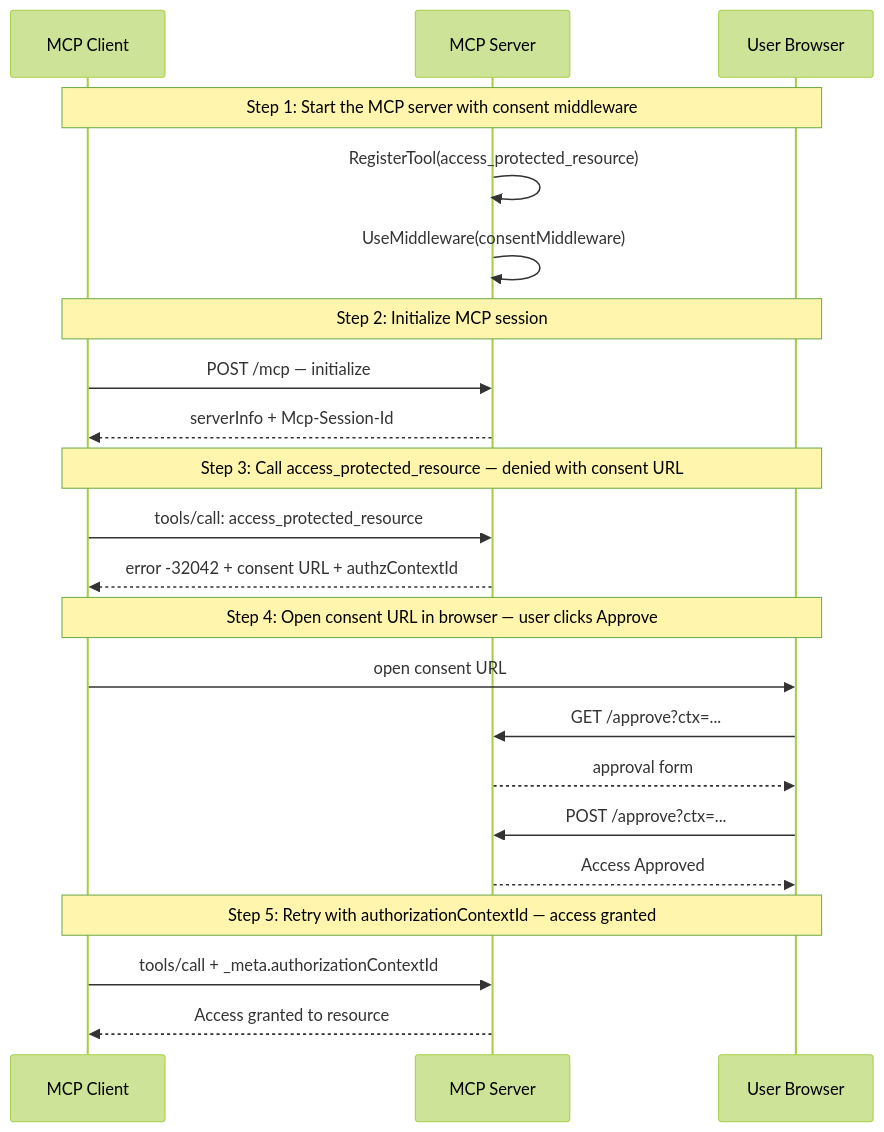
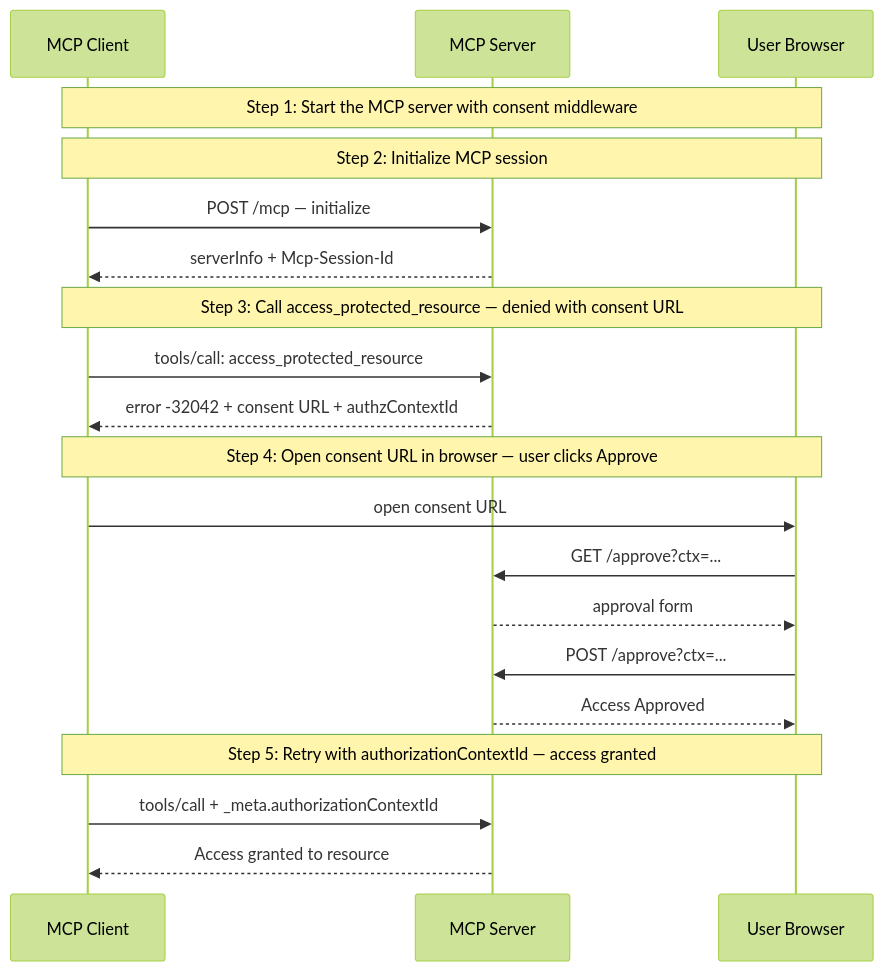
Before and after one commit to panyam/mcpkit: the diagram in examples/elicitation/README.md, drawn with Mermaid (forest theme). The commit also changed 4 other files, not shown here.

````diff
--- a/examples/elicitation/README.md
+++ b/examples/elicitation/README.md
@@ -15,29 +15,27 @@
 ```mermaid
 sequenceDiagram
     participant Client as MCP Client
     participant Server as MCP Server
     participant Browser as User Browser
 
     Note over Client,Browser: Step 1: Start the MCP server with consent middleware
-    Server->>Server: RegisterTool(access_protected_resource)
-    Server->>Server: UseMiddleware(consentMiddleware)
 
     Note over Client,Browser: Step 2: Initialize MCP session
     Client->>Server: POST /mcp — initialize
     Server-->>Client: serverInfo + Mcp-Session-Id
 
     Note over Client,Browser: Step 3: Call access_protected_resource — denied with consent URL
     Client->>Server: tools/call: access_protected_resource
     Server-->>Client: error -32042 + consent URL + authzContextId
 
     Note over Client,Browser: Step 4: Open consent URL in browser — user clicks Approve
     Client->>Browser: open consent URL
     Browser->>Server: GET /approve?ctx=...
     Server-->>Browser: approval form
     Browser->>Server: POST /approve?ctx=...
     Server-->>Browser: Access Approved
 
     Note over Client,Browser: Step 5: Retry with authorizationContextId — access granted
     Client->>Server: tools/call + _meta.authorizationContextId
     Server-->>Client: Access granted to resource
 ```
````
